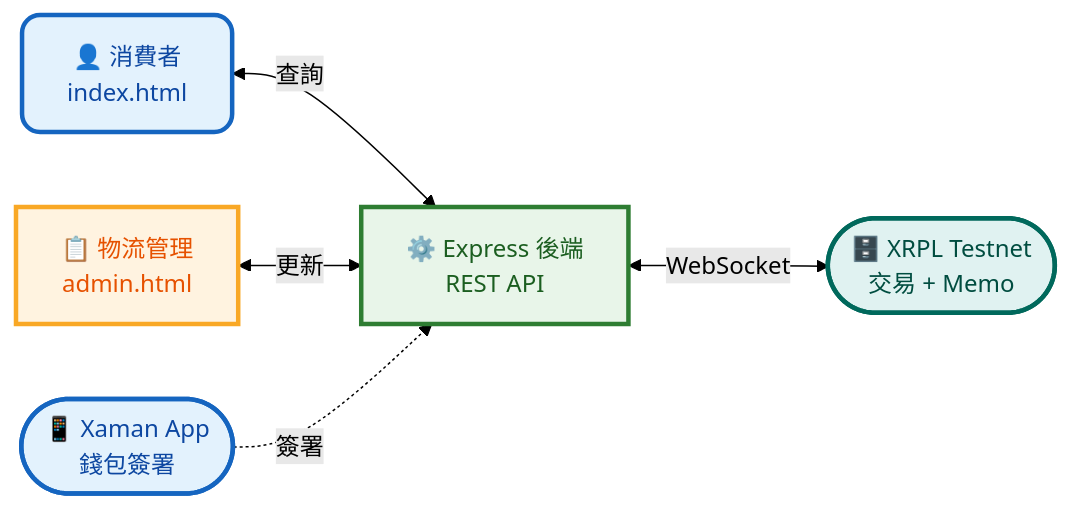
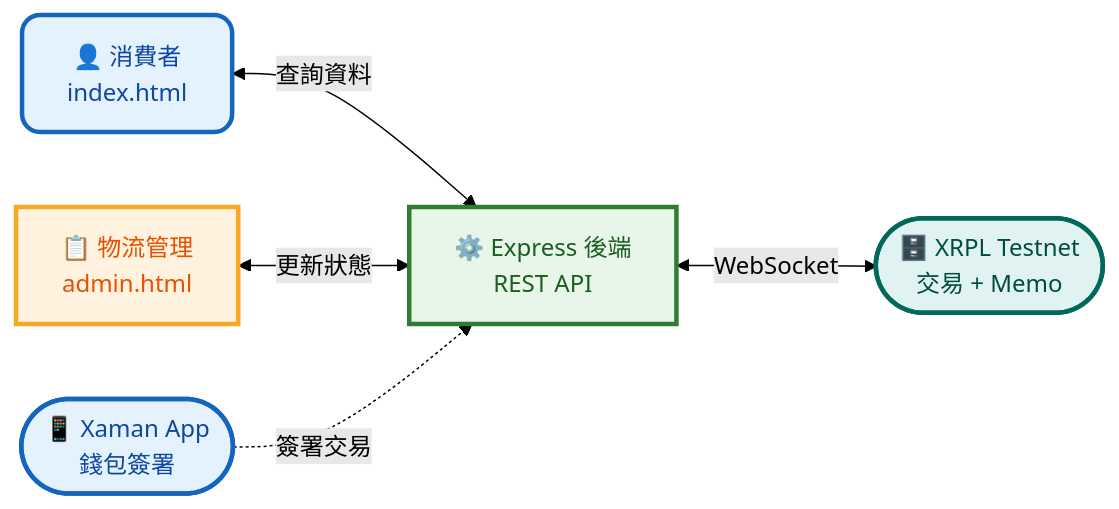
One commit to C112118148/MIScrypto changed the fifth of 5 diagrams in usage-scenarios-slides.md. Above: the diagram before and after it, drawn with Mermaid (forest theme). The commit also changed other lines of this file, not shown here.

````diff
--- a/usage-scenarios-slides.md
+++ b/usage-scenarios-slides.md
@@ -151,18 +144,18 @@
 ```mermaid
 flowchart LR
     classDef user fill:#E3F2FD,stroke:#1565C0,color:#0D47A1,stroke-width:3px,rx:12px,ry:12px
     classDef action fill:#FFF3E0,stroke:#F9A825,color:#E65100,stroke-width:3px
     classDef system fill:#E8F5E9,stroke:#2E7D32,color:#1B5E20,stroke-width:3px
     classDef data fill:#E0F2F1,stroke:#00695C,color:#004D40,stroke-width:3px
 
     A["👤 消費者<br>index.html"]:::user
     B["📋 物流管理<br>admin.html"]:::action
     C["⚙️ Express 後端<br>REST API"]:::system
     D(["📱 Xaman App<br>錢包簽署"]):::user
     E(["🗄️ XRPL Testnet<br>交易 + Memo"]):::data
 
-    A <-->|"查詢"| C
-    B <-->|"更新"| C
-    D -.->|"簽署"| C
+    A <-->|"查詢資料"| C
+    B <-->|"更新狀態"| C
+    D -.->|"簽署交易"| C
     C <-->|"WebSocket"| E
 ```
````
